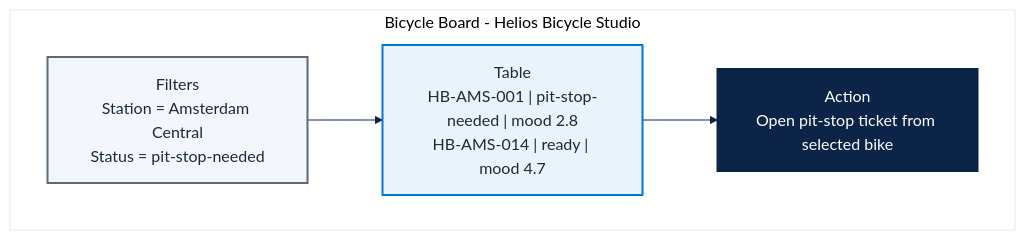
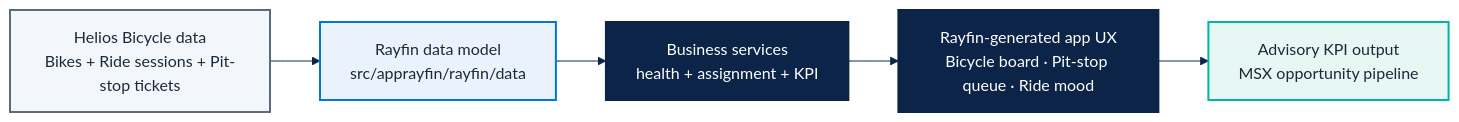
One commit to fredgis/FY27FabricMotion changed the third of 3 diagrams in docs/microhack-1-business-apps-solution.md. Above: the diagram before and after it, drawn with Mermaid. The commit also changed other lines of this file and 12 other files, not shown here.

````diff
--- a/docs/microhack-1-business-apps-solution.md
+++ b/docs/microhack-1-business-apps-solution.md
@@ -70,21 +157,19 @@
 ```mermaid
 %%{init: {'theme':'base','themeVariables':{
-  'primaryColor':'#EAF3FB',
-  'primaryTextColor':'#1B2A3A',
-  'primaryBorderColor':'#0078D4',
-  'lineColor':'#0B2447'
+  'primaryColor':'#EAF3FB','primaryTextColor':'#1B2A3A',
+  'primaryBorderColor':'#0078D4','lineColor':'#0B2447','secondaryColor':'#E6F7F4'
 }}}%%
-flowchart TB
-    subgraph Screen["Bicycle Board - Helios Bicycle Studio"]
-      F1["Filters<br/>Station = Amsterdam Central<br/>Status = pit-stop-needed"]
-      T1["Table<br/>HB-AMS-001 | pit-stop-needed | mood 2.8<br/>HB-AMS-014 | ready | mood 4.7"]
-      A1["Action<br/>Open pit-stop ticket from selected bike"]
-    end
-    F1 --> T1 --> A1
-    classDef filter fill:#F3F7FB,stroke:#5B6B7B,color:#1B2A3A,stroke-width:2px;
-    classDef table fill:#EAF3FB,stroke:#0078D4,color:#1B2A3A,stroke-width:2px;
-    classDef action fill:#0B2447,stroke:#0B2447,color:#FFFFFF,stroke-width:2px;
-    class F1 filter;
-    class T1 table;
-    class A1 action;
+flowchart LR
+    D["Helios Bicycle data<br/>Bikes + Ride sessions + Pit-stop tickets"] --> M["Rayfin data model<br/>src/apprayfin/rayfin/data"]
+    M --> S["Business services<br/>health + assignment + KPI"]
+    S --> U["Rayfin-generated app UX<br/>Bicycle board · Pit-stop queue · Ride mood"]
+    U --> K["Advisory KPI output<br/>MSX opportunity pipeline"]
+    classDef data fill:#F3F7FB,stroke:#5B6B7B,color:#1B2A3A,stroke-width:2px;
+    classDef model fill:#EAF3FB,stroke:#0078D4,color:#1B2A3A,stroke-width:2px;
+    classDef service fill:#0B2447,stroke:#0B2447,color:#FFFFFF,stroke-width:2px;
+    classDef outcome fill:#E6F7F4,stroke:#00B4A6,color:#1B2A3A,stroke-width:2px;
+    class D data;
+    class M model;
+    class S,U service;
+    class K outcome;
 ```
````
